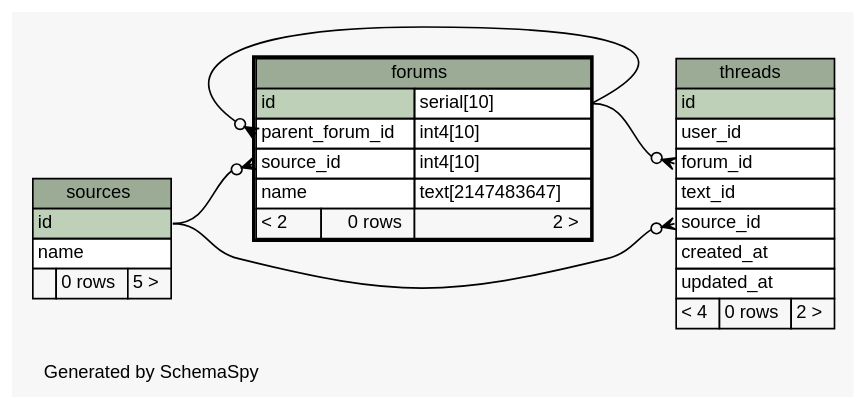
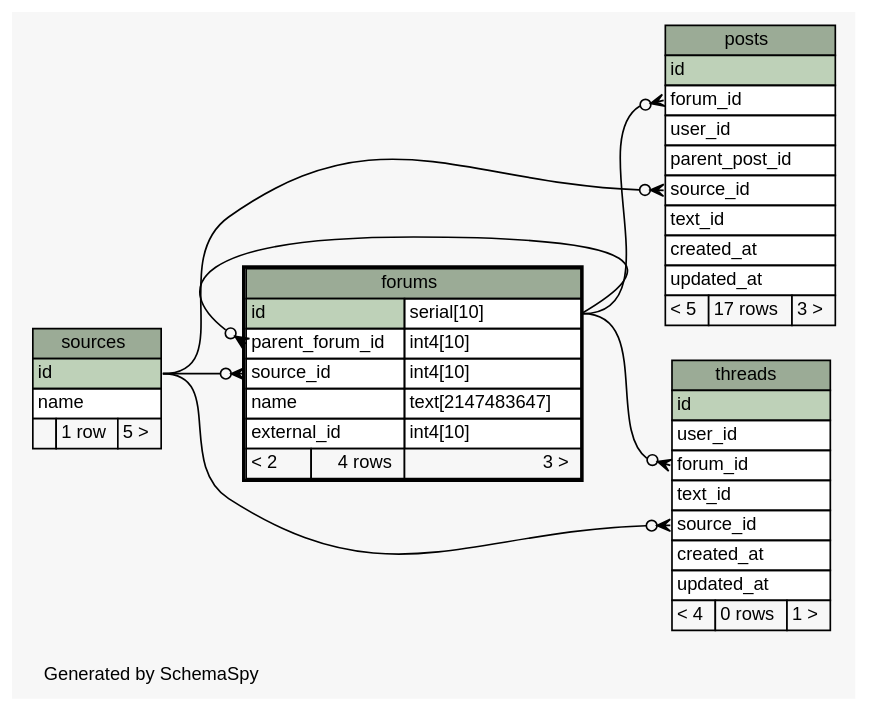
One commit to ryanaustincarlson/moocdb changed the diagram in schema/oltp/diagrams/forums.1degree.dot. Above: the diagram before and after it, drawn with Graphviz. The commit also changed 77 other files, not shown here.

Commit message:
updated oltp schema

```diff
--- a/schema/oltp/diagrams/forums.1degree.dot
+++ b/schema/oltp/diagrams/forums.1degree.dot
@@ -1,66 +1,86 @@
-// dot 2.34.0 on Mac OS X 10.8.3
+// dot 2.32.0 on Mac OS X 10.8.5
 // SchemaSpy rev 590
 digraph "oneDegreeRelationshipsDiagram" {
   graph [
     rankdir="RL"
     bgcolor="#f7f7f7"
     label="\nGenerated by SchemaSpy"
     labeljust="l"
     nodesep="0.18"
     ranksep="0.46"
     fontname="Helvetica"
     fontsize="11"
   ];
   node [
     fontname="Helvetica"
     fontsize="11"
     shape="plaintext"
   ];
   edge [
     arrowsize="0.8"
   ];
   "forums":"parent_forum_id":w -> "forums":"id.type":e [arrowhead=none dir=back arrowtail=crowodot];
   "forums":"source_id":w -> "sources":"id":e [arrowhead=none dir=back arrowtail=crowodot];
+  "posts":"forum_id":w -> "forums":"id.type":e [arrowhead=none dir=back arrowtail=crowodot];
+  "posts":"source_id":w -> "sources":"id":e [arrowhead=none dir=back arrowtail=crowodot];
   "threads":"forum_id":w -> "forums":"id.type":e [arrowhead=none dir=back arrowtail=crowodot];
   "threads":"source_id":w -> "sources":"id":e [arrowhead=none dir=back arrowtail=crowodot];
   "forums" [
     label=<
     <TABLE BORDER="2" CELLBORDER="1" CELLSPACING="0" BGCOLOR="#ffffff">
       <TR><TD COLSPAN="3" BGCOLOR="#9bab96" ALIGN="CENTER">forums</TD></TR>
       <TR><TD PORT="id" COLSPAN="2" BGCOLOR="#bed1b8" ALIGN="LEFT">id</TD><TD PORT="id.type" ALIGN="LEFT">serial[10]</TD></TR>
       <TR><TD PORT="parent_forum_id" COLSPAN="2" ALIGN="LEFT">parent_forum_id</TD><TD PORT="parent_forum_id.type" ALIGN="LEFT">int4[10]</TD></TR>
       <TR><TD PORT="source_id" COLSPAN="2" ALIGN="LEFT">source_id</TD><TD PORT="source_id.type" ALIGN="LEFT">int4[10]</TD></TR>
       <TR><TD PORT="name" COLSPAN="2" ALIGN="LEFT">name</TD><TD PORT="name.type" ALIGN="LEFT">text[2147483647]</TD></TR>
-      <TR><TD ALIGN="LEFT" BGCOLOR="#f7f7f7">&lt; 2</TD><TD ALIGN="RIGHT" BGCOLOR="#f7f7f7">0 rows</TD><TD ALIGN="RIGHT" BGCOLOR="#f7f7f7">2 &gt;</TD></TR>
+      <TR><TD PORT="external_id" COLSPAN="2" ALIGN="LEFT">external_id</TD><TD PORT="external_id.type" ALIGN="LEFT">int4[10]</TD></TR>
+      <TR><TD ALIGN="LEFT" BGCOLOR="#f7f7f7">&lt; 2</TD><TD ALIGN="RIGHT" BGCOLOR="#f7f7f7">4 rows</TD><TD ALIGN="RIGHT" BGCOLOR="#f7f7f7">3 &gt;</TD></TR>
     </TABLE>>
     URL="forums.html"
     tooltip="forums"
+  ];
+  "posts" [
+    label=<
+    <TABLE BORDER="0" CELLBORDER="1" CELLSPACING="0" BGCOLOR="#ffffff">
+      <TR><TD COLSPAN="3" BGCOLOR="#9bab96" ALIGN="CENTER">posts</TD></TR>
+      <TR><TD PORT="id" COLSPAN="3" BGCOLOR="#bed1b8" ALIGN="LEFT">id</TD></TR>
+      <TR><TD PORT="forum_id" COLSPAN="3" ALIGN="LEFT">forum_id</TD></TR>
+      <TR><TD PORT="user_id" COLSPAN="3" ALIGN="LEFT">user_id</TD></TR>
+      <TR><TD PORT="parent_post_id" COLSPAN="3" ALIGN="LEFT">parent_post_id</TD></TR>
+      <TR><TD PORT="source_id" COLSPAN="3" ALIGN="LEFT">source_id</TD></TR>
+      <TR><TD PORT="text_id" COLSPAN="3" ALIGN="LEFT">text_id</TD></TR>
+      <TR><TD PORT="created_at" COLSPAN="3" ALIGN="LEFT">created_at</TD></TR>
+      <TR><TD PORT="updated_at" COLSPAN="3" ALIGN="LEFT">updated_at</TD></TR>
+      <TR><TD ALIGN="LEFT" BGCOLOR="#f7f7f7">&lt; 5</TD><TD ALIGN="RIGHT" BGCOLOR="#f7f7f7">17 rows</TD><TD ALIGN="RIGHT" BGCOLOR="#f7f7f7">3 &gt;</TD></TR>
+    </TABLE>>
+    URL="posts.html"
+    tooltip="posts"
   ];
   "sources" [
     label=<
     <TABLE BORDER="0" CELLBORDER="1" CELLSPACING="0" BGCOLOR="#ffffff">
       <TR><TD COLSPAN="3" BGCOLOR="#9bab96" ALIGN="CENTER">sources</TD></TR>
       <TR><TD PORT="id" COLSPAN="3" BGCOLOR="#bed1b8" ALIGN="LEFT">id</TD></TR>
       <TR><TD PORT="name" COLSPAN="3" ALIGN="LEFT">name</TD></TR>
-      <TR><TD ALIGN="LEFT" BGCOLOR="#f7f7f7">  </TD><TD ALIGN="RIGHT" BGCOLOR="#f7f7f7">0 rows</TD><TD ALIGN="RIGHT" BGCOLOR="#f7f7f7">5 &gt;</TD></TR>
+      <TR><TD ALIGN="LEFT" BGCOLOR="#f7f7f7">  </TD><TD ALIGN="RIGHT" BGCOLOR="#f7f7f7">1 row</TD><TD ALIGN="RIGHT" BGCOLOR="#f7f7f7">5 &gt;</TD></TR>
     </TABLE>>
     URL="sources.html"
     tooltip="sources"
   ];
   "threads" [
     label=<
     <TABLE BORDER="0" CELLBORDER="1" CELLSPACING="0" BGCOLOR="#ffffff">
       <TR><TD COLSPAN="3" BGCOLOR="#9bab96" ALIGN="CENTER">threads</TD></TR>
       <TR><TD PORT="id" COLSPAN="3" BGCOLOR="#bed1b8" ALIGN="LEFT">id</TD></TR>
       <TR><TD PORT="user_id" COLSPAN="3" ALIGN="LEFT">user_id</TD></TR>
       <TR><TD PORT="forum_id" COLSPAN="3" ALIGN="LEFT">forum_id</TD></TR>
       <TR><TD PORT="text_id" COLSPAN="3" ALIGN="LEFT">text_id</TD></TR>
       <TR><TD PORT="source_id" COLSPAN="3" ALIGN="LEFT">source_id</TD></TR>
       <TR><TD PORT="created_at" COLSPAN="3" ALIGN="LEFT">created_at</TD></TR>
       <TR><TD PORT="updated_at" COLSPAN="3" ALIGN="LEFT">updated_at</TD></TR>
-      <TR><TD ALIGN="LEFT" BGCOLOR="#f7f7f7">&lt; 4</TD><TD ALIGN="RIGHT" BGCOLOR="#f7f7f7">0 rows</TD><TD ALIGN="RIGHT" BGCOLOR="#f7f7f7">2 &gt;</TD></TR>
+      <TR><TD ALIGN="LEFT" BGCOLOR="#f7f7f7">&lt; 4</TD><TD ALIGN="RIGHT" BGCOLOR="#f7f7f7">0 rows</TD><TD ALIGN="RIGHT" BGCOLOR="#f7f7f7">1 &gt;</TD></TR>
     </TABLE>>
     URL="threads.html"
     tooltip="threads"
   ];
 }
```
